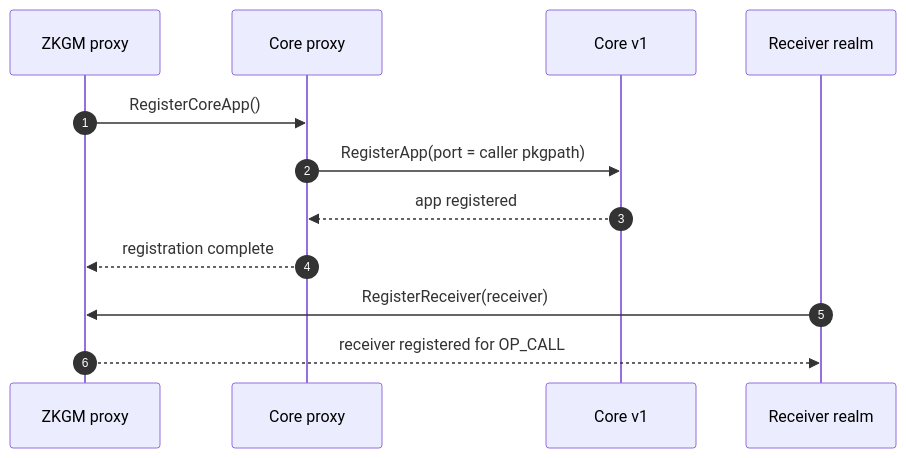
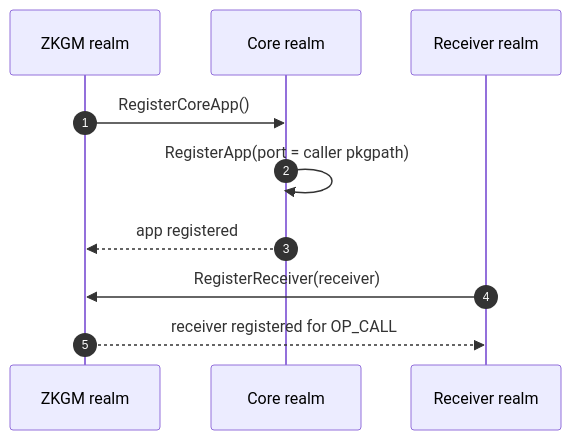
Before and after one commit to onbloc/gno-ibc: the second of 4 diagrams in docs/architecture/process-flows.md, drawn with Mermaid. The commit also changed other lines of this file, not shown here.

Commit message:
docs: simplify process flow realm labels

````diff
--- a/docs/architecture/process-flows.md
+++ b/docs/architecture/process-flows.md
@@ -57,16 +55,14 @@
 ```mermaid
 sequenceDiagram
     autonumber
-    participant ZKGM as ZKGM proxy
-    participant Core as Core proxy
-    participant CoreV1 as Core v1
+    participant ZKGM as ZKGM realm
+    participant Core as Core realm
     participant Receiver as Receiver realm
 
     ZKGM->>Core: RegisterCoreApp()
-    Core->>CoreV1: RegisterApp(port = caller pkgpath)
-    CoreV1-->>Core: app registered
-    Core-->>ZKGM: registration complete
+    Core->>Core: RegisterApp(port = caller pkgpath)
+    Core-->>ZKGM: app registered
 
     Receiver->>ZKGM: RegisterReceiver(receiver)
     ZKGM-->>Receiver: receiver registered for OP_CALL
 ```
````
